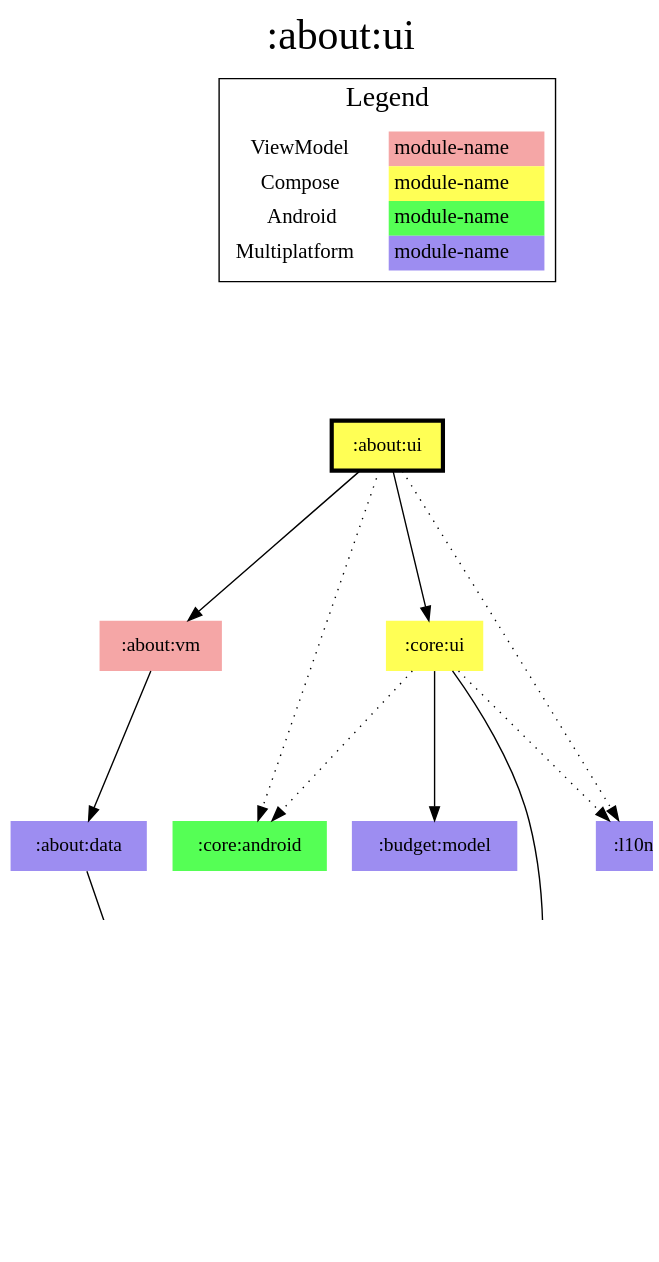
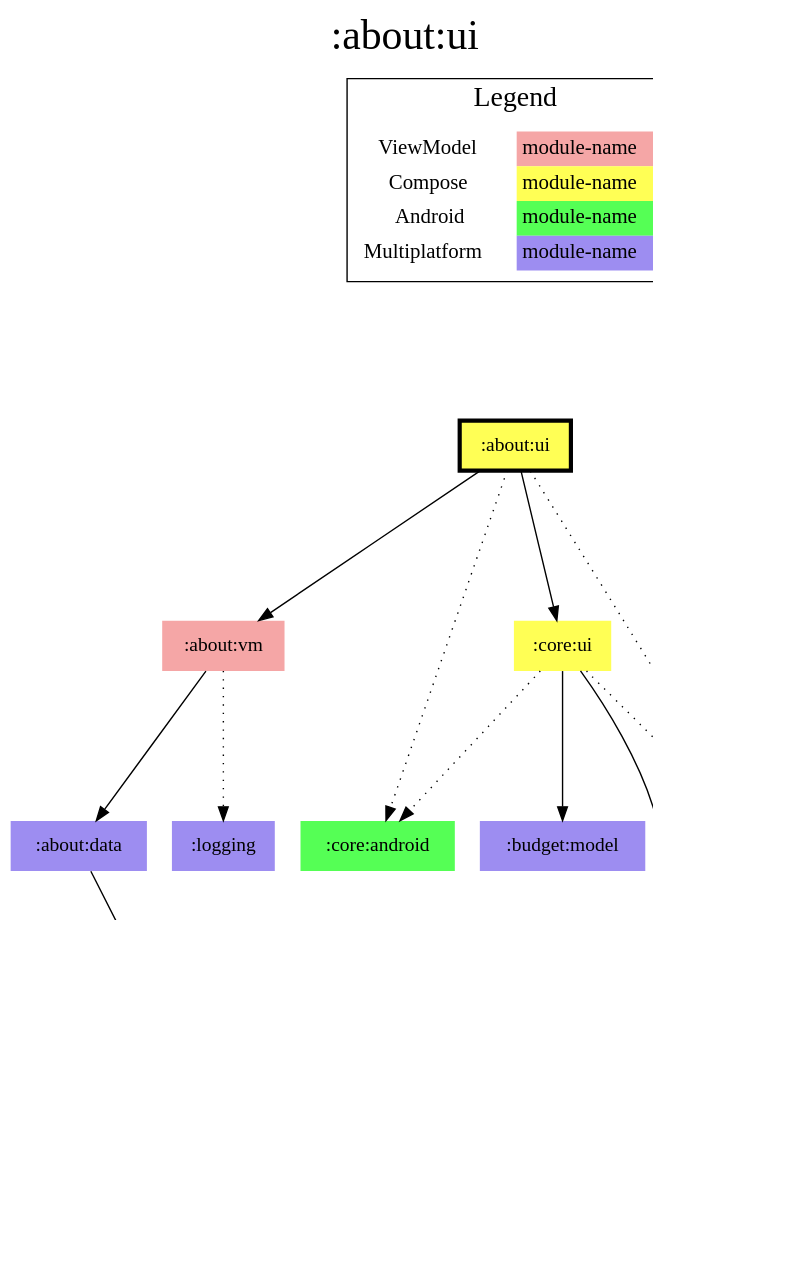
The diagram in modules/about/ui/modules.dot (jonapoul/aktual), drawn with Graphviz before and after one commit. The commit also changed 102 other files, not shown here.

```diff
--- a/modules/about/ui/modules.dot
+++ b/modules/about/ui/modules.dot
@@ -1,44 +1,46 @@
 digraph {
 edge ["dir"="forward"]
 graph ["dpi"="100","label"=":about:ui","labelloc"="t","fontsize"="30","ranksep"="1.5","rankdir"="TB"]
 node ["style"="filled"]
 ":about:data" ["fillcolor"="#9D8DF1","shape"="none"]
 ":about:ui" ["fillcolor"="#FFFF55","color"="black","penwidth"="3","shape"="box"]
 ":about:vm" ["fillcolor"="#F5A6A6","shape"="none"]
 ":api:github" ["fillcolor"="#9D8DF1","shape"="none"]
 ":budget:model" ["fillcolor"="#9D8DF1","shape"="none"]
 ":codegen:annotation" ["fillcolor"="#9D8DF1","shape"="none"]
 ":core:android" ["fillcolor"="#55FF55","shape"="none"]
 ":core:model" ["fillcolor"="#9D8DF1","shape"="none"]
 ":core:ui" ["fillcolor"="#FFFF55","shape"="none"]
 ":l10n" ["fillcolor"="#9D8DF1","shape"="none"]
+":logging" ["fillcolor"="#9D8DF1","shape"="none"]
 {
 edge ["dir"="none"]
 graph ["rank"="same"]
 ":about:ui"
 }
 ":about:data" -> ":api:github"
 ":about:ui" -> ":about:vm"
 ":about:ui" -> ":core:android" ["style"="dotted"]
 ":about:ui" -> ":core:ui"
 ":about:ui" -> ":l10n" ["style"="dotted"]
 ":about:vm" -> ":about:data"
+":about:vm" -> ":logging" ["style"="dotted"]
 ":api:github" -> ":codegen:annotation" ["style"="dotted"]
 ":api:github" -> ":core:model"
 ":core:ui" -> ":budget:model"
 ":core:ui" -> ":core:android" ["style"="dotted"]
 ":core:ui" -> ":core:model"
 ":core:ui" -> ":l10n" ["style"="dotted"]
 subgraph "cluster_legend" {
 edge ["dir"="none"]
 graph ["label"="Legend","fontsize"="20"]
 "Legend" ["style"="filled","fillcolor"="#FFFFFF","shape"="none","margin"="0","fontsize"="15","label"=<
 <TABLE BORDER="0" CELLBORDER="0" CELLSPACING="0" CELLPADDING="4">
 <TR><TD>ViewModel</TD><TD BGCOLOR="#F5A6A6">module-name</TD></TR>
 <TR><TD>Compose</TD><TD BGCOLOR="#FFFF55">module-name</TD></TR>
 <TR><TD>Android</TD><TD BGCOLOR="#55FF55">module-name</TD></TR>
 <TR><TD>Multiplatform</TD><TD BGCOLOR="#9D8DF1">module-name</TD></TR>
 </TABLE>
 >]
 } -> ":about:ui" ["style"="invis"]
 }
```
